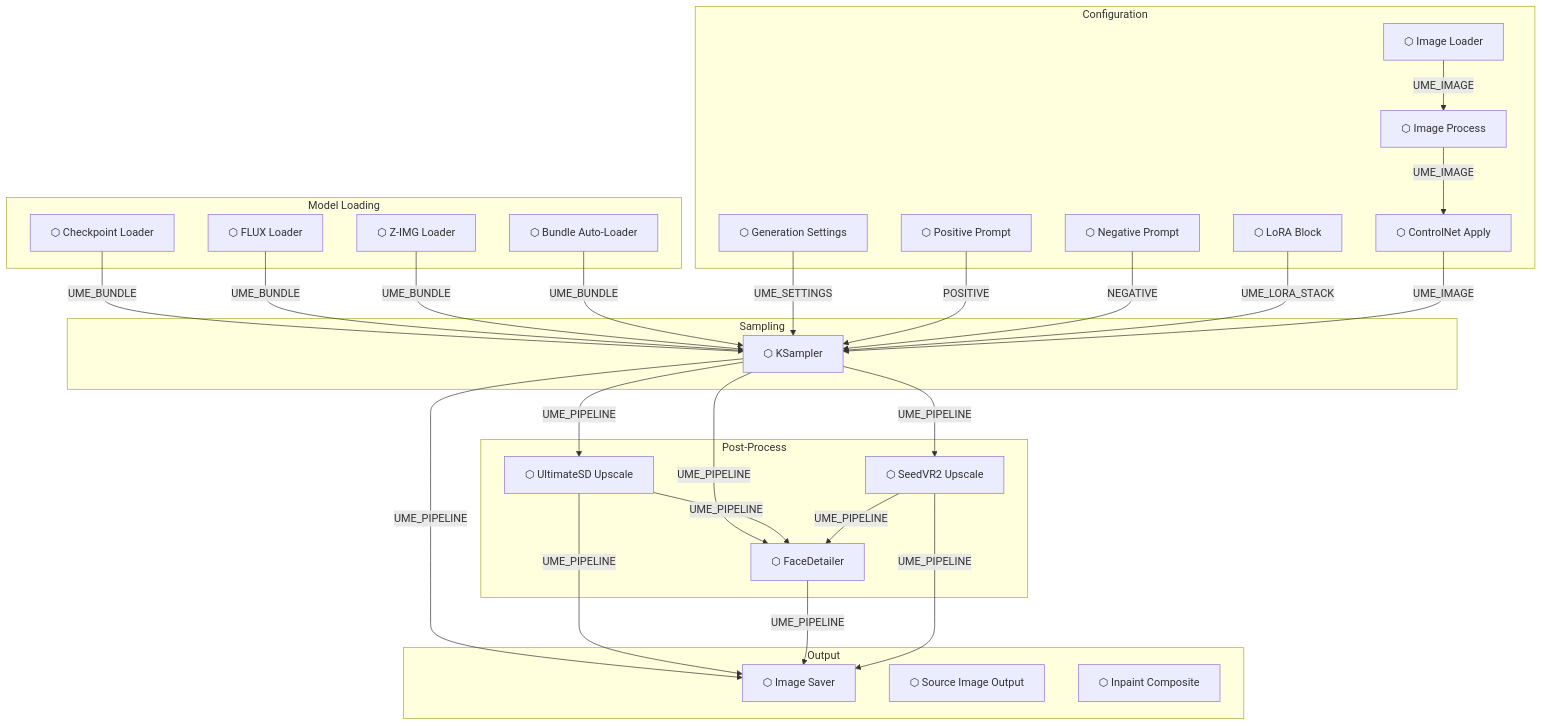
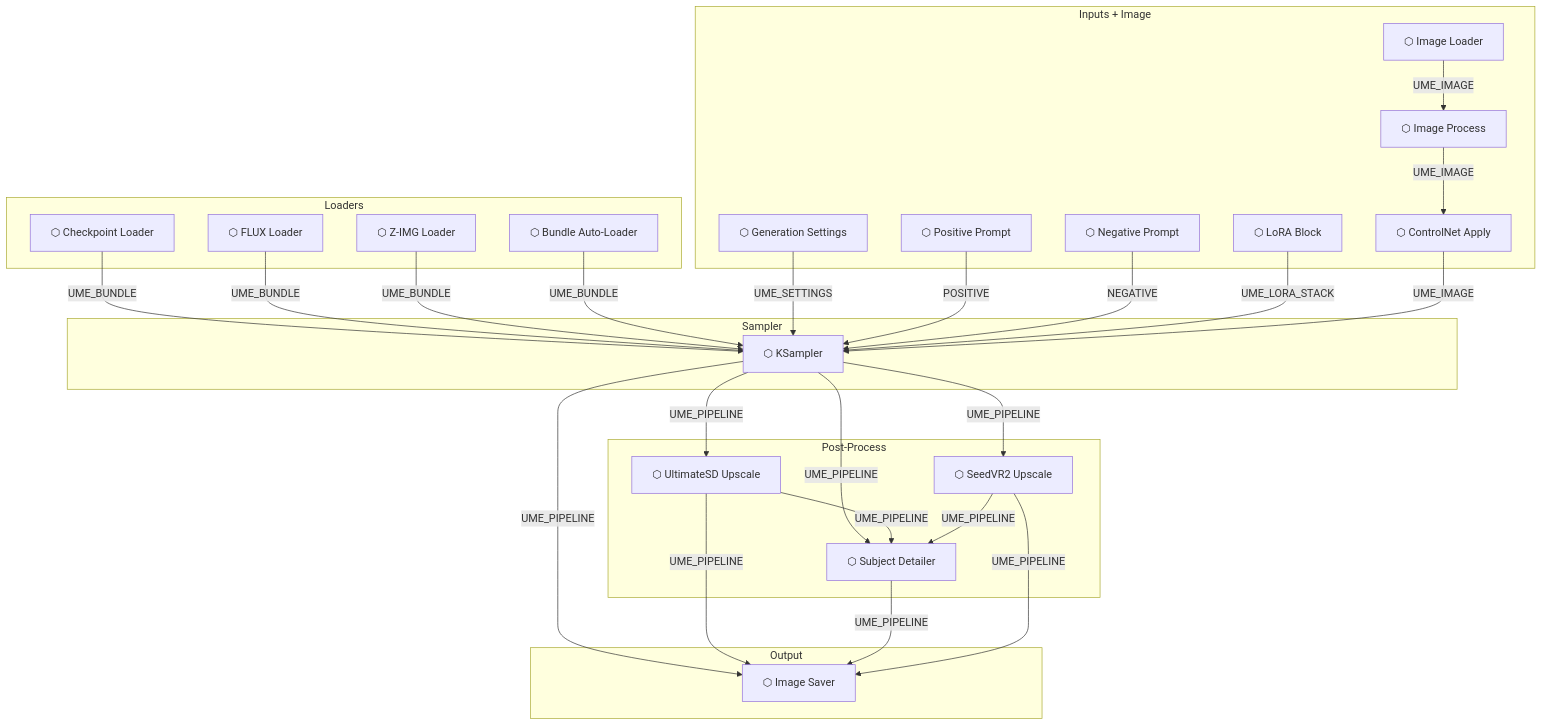
The first of 2 diagrams in docs/architecture.md (UmeAiRT/ComfyUI-UmeAiRT-Toolkit), drawn with Mermaid before and after one commit. The commit also changed other lines of this file and 12 other files, not shown here.

````diff
--- a/docs/architecture.md
+++ b/docs/architecture.md
@@ -17,58 +17,56 @@
 ```mermaid
 graph TB
-    subgraph "Model Loading"
+    subgraph "Loaders"
         CKP["⬡ Checkpoint Loader"]
         FLUX["⬡ FLUX Loader"]
         ZIMG["⬡ Z-IMG Loader"]
         BDL["⬡ Bundle Auto-Loader"]
     end
 
-    subgraph "Configuration"
+    subgraph "Inputs + Image"
         SET["⬡ Generation Settings"]
         POS["⬡ Positive Prompt"]
         NEG["⬡ Negative Prompt"]
         LORA["⬡ LoRA Block"]
         IMG["⬡ Image Loader"]
         IMGP["⬡ Image Process"]
         CNET["⬡ ControlNet Apply"]
     end
 
-    subgraph "Sampling"
+    subgraph "Sampler"
         KS["⬡ KSampler"]
     end
 
     subgraph "Post-Process"
         UP["⬡ UltimateSD Upscale"]
         SVR["⬡ SeedVR2 Upscale"]
-        FD["⬡ FaceDetailer"]
+        FD["⬡ Subject Detailer"]
     end
 
     subgraph "Output"
         SAV["⬡ Image Saver"]
-        SRC["⬡ Source Image Output"]
-        INP["⬡ Inpaint Composite"]
     end
 
     CKP -->|UME_BUNDLE| KS
     FLUX -->|UME_BUNDLE| KS
     ZIMG -->|UME_BUNDLE| KS
     BDL -->|UME_BUNDLE| KS
     SET -->|UME_SETTINGS| KS
     POS -->|POSITIVE| KS
     NEG -->|NEGATIVE| KS
     LORA -->|UME_LORA_STACK| KS
     IMG -->|UME_IMAGE| IMGP
     IMGP -->|UME_IMAGE| CNET
     CNET -->|UME_IMAGE| KS
 
     KS -->|UME_PIPELINE| UP
     KS -->|UME_PIPELINE| SVR
     KS -->|UME_PIPELINE| FD
     UP -->|UME_PIPELINE| FD
     SVR -->|UME_PIPELINE| FD
 
     KS -->|UME_PIPELINE| SAV
     UP -->|UME_PIPELINE| SAV
     FD -->|UME_PIPELINE| SAV
     SVR -->|UME_PIPELINE| SAV
 ```
````
